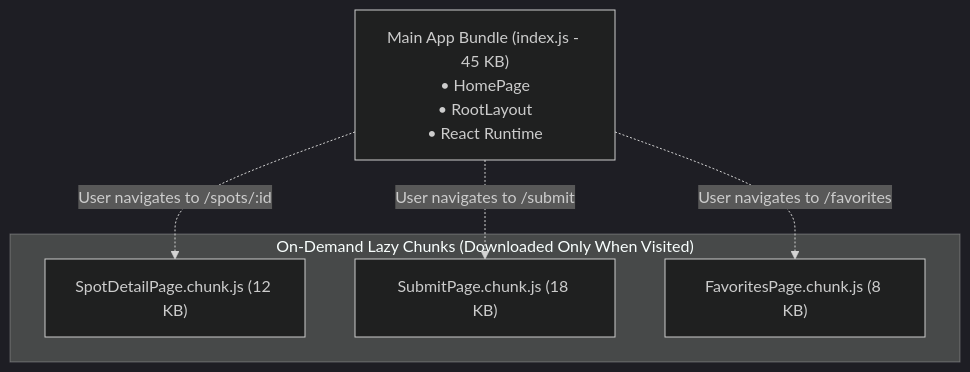
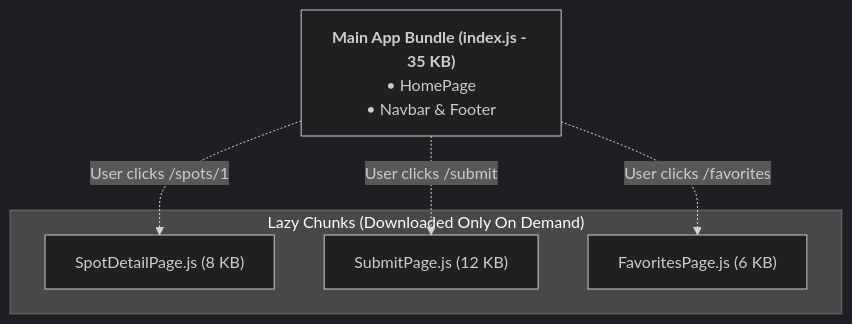
One commit to ajibolagenius/LagosDataSchool changed the second of 2 diagrams in full_stack_development_class_notes/Week 14_ Advanced React, Testing & Ship.md. Above: the diagram before and after it, drawn with Mermaid (dark theme). The commit also changed other lines of this file and 20 other files, not shown here.

````diff
--- a/full_stack_development_class_notes/Week 14_ Advanced React, Testing & Ship.md
+++ b/full_stack_development_class_notes/Week 14_ Advanced React, Testing & Ship.md
@@ -104,14 +114,14 @@
 ```mermaid
 flowchart TD
-    App["Main App Bundle (index.js - 45 KB)<br/>• HomePage<br/>• RootLayout<br/>• React Runtime"]
+    APP["<b>Main App Bundle (index.js - 35 KB)</b><br/>• HomePage<br/>• Navbar & Footer"]
     
-    subgraph OnDemand["On-Demand Lazy Chunks (Downloaded Only When Visited)"]
-        C1["SpotDetailPage.chunk.js (12 KB)"]
-        C2["SubmitPage.chunk.js (18 KB)"]
-        C3["FavoritesPage.chunk.js (8 KB)"]
+    subgraph LazyRoutes ["Lazy Chunks (Downloaded Only On Demand)"]
+        C1["SpotDetailPage.js (8 KB)"]
+        C2["SubmitPage.js (12 KB)"]
+        C3["FavoritesPage.js (6 KB)"]
     end
 
-    App -.->|"User navigates to /spots/:id"| C1
-    App -.->|"User navigates to /submit"| C2
-    App -.->|"User navigates to /favorites"| C3
+    APP -.->|"User clicks /spots/1"| C1
+    APP -.->|"User clicks /submit"| C2
+    APP -.->|"User clicks /favorites"| C3
 ```
````
